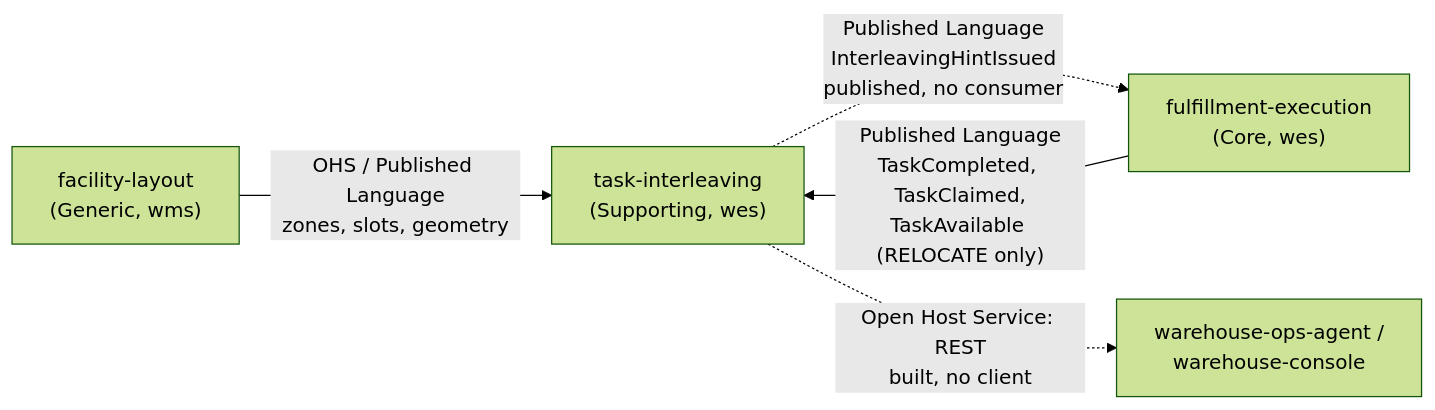
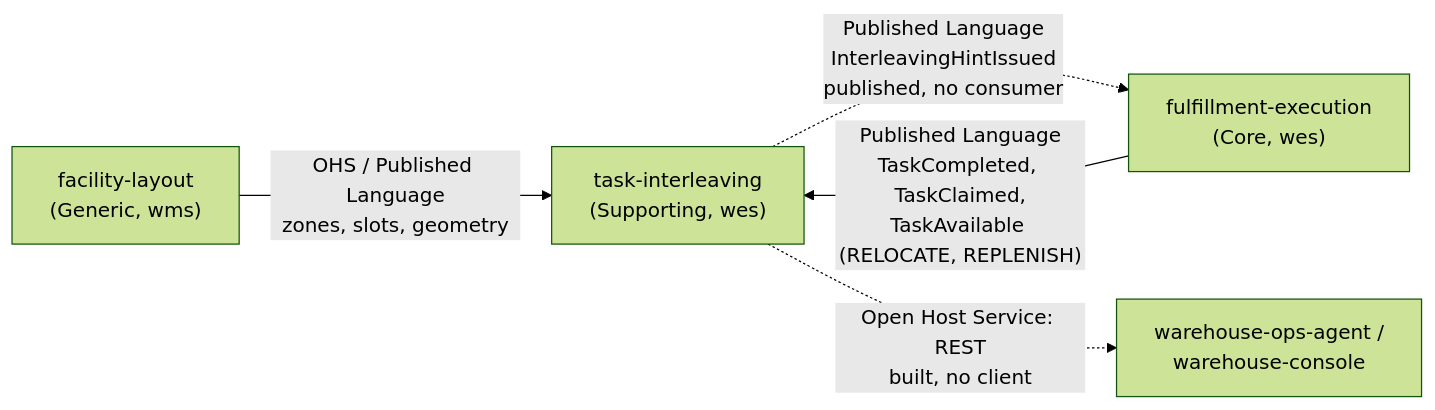
One commit to IQVO/task-interleaving changed the diagram in docs/docs/ddd/context-map.md. Above: the diagram before and after it, drawn with Mermaid (forest theme). The commit also changed other lines of this file, not shown here.

Commit message:
docs(context-map): TaskAvailable is announced for RELOCATE and REPLENISH (fulfillment-execution ADR 0050)

````diff
--- a/docs/docs/ddd/context-map.md
+++ b/docs/docs/ddd/context-map.md
@@ -16,11 +16,11 @@
 ```mermaid
 flowchart LR
     FL["facility-layout<br/>(Generic, wms)"]
     FE["fulfillment-execution<br/>(Core, wes)"]
     TI["task-interleaving<br/>(Supporting, wes)"]
     OA["warehouse-ops-agent /<br/>warehouse-console"]
     FL -- "OHS / Published Language<br/>zones, slots, geometry" --> TI
-    FE -- "Published Language<br/>TaskCompleted, TaskClaimed,<br/>TaskAvailable (RELOCATE only)" --> TI
+    FE -- "Published Language<br/>TaskCompleted, TaskClaimed,<br/>TaskAvailable (RELOCATE, REPLENISH)" --> TI
     TI -. "Published Language<br/>InterleavingHintIssued<br/>published, no consumer" .-> FE
     TI -. "Open Host Service: REST<br/>built, no client" .-> OA
 ```
````
